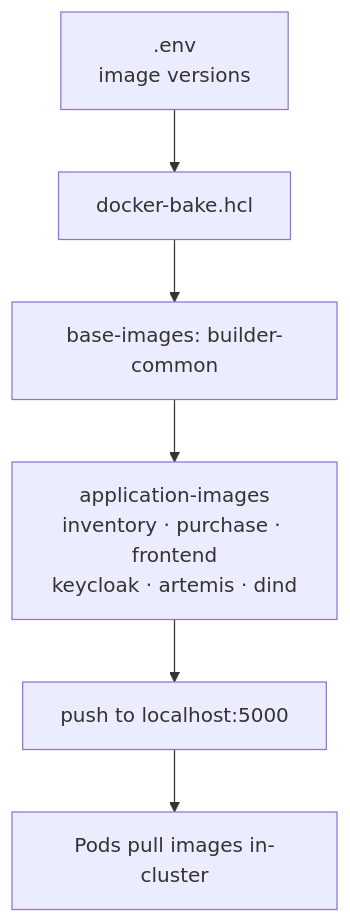
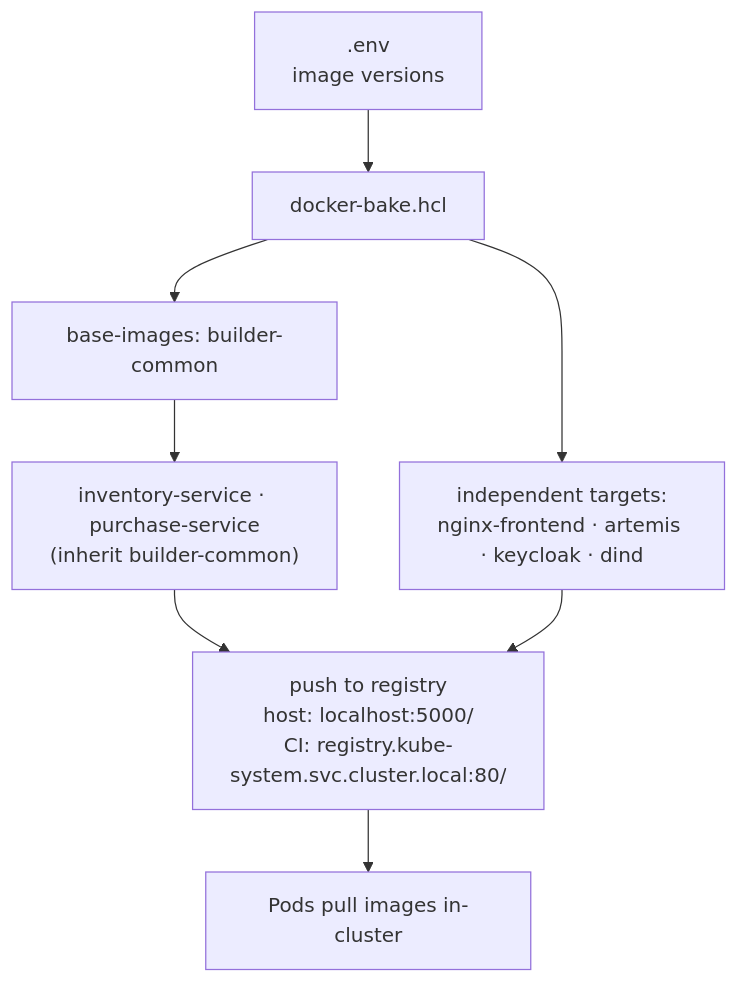
Diagram 12 of 13 in docs/_drafts/thesis-concepts.md (mohamad4444/cloud-native-purchase-system), drawn with Mermaid before and after one commit. The commit also changed other lines of this file and 5 other files, not shown here.

Commit message:
docs: correct diagram inaccuracies found in source-code review

````diff
--- a/docs/_drafts/thesis-concepts.md
+++ b/docs/_drafts/thesis-concepts.md
@@ -247,8 +264,10 @@
 ```mermaid
 flowchart TB
   ENV[".env<br/>image versions"] --> BAKE["docker-bake.hcl"]
   BAKE --> BASE["base-images: builder-common"]
-  BASE --> APP["application-images<br/>inventory · purchase · frontend<br/>keycloak · artemis · dind"]
-  APP --> PUSH["push to localhost:5000"]
+  BAKE --> IND["independent targets:<br/>nginx-frontend · artemis · keycloak · dind"]
+  BASE --> JAVA["inventory-service · purchase-service<br/>(inherit builder-common)"]
+  JAVA --> PUSH["push to registry<br/>host: localhost:5000/<br/>CI: registry.kube-system.svc.cluster.local:80/"]
+  IND --> PUSH
   PUSH --> K8S["Pods pull images in-cluster"]
 ```
````
